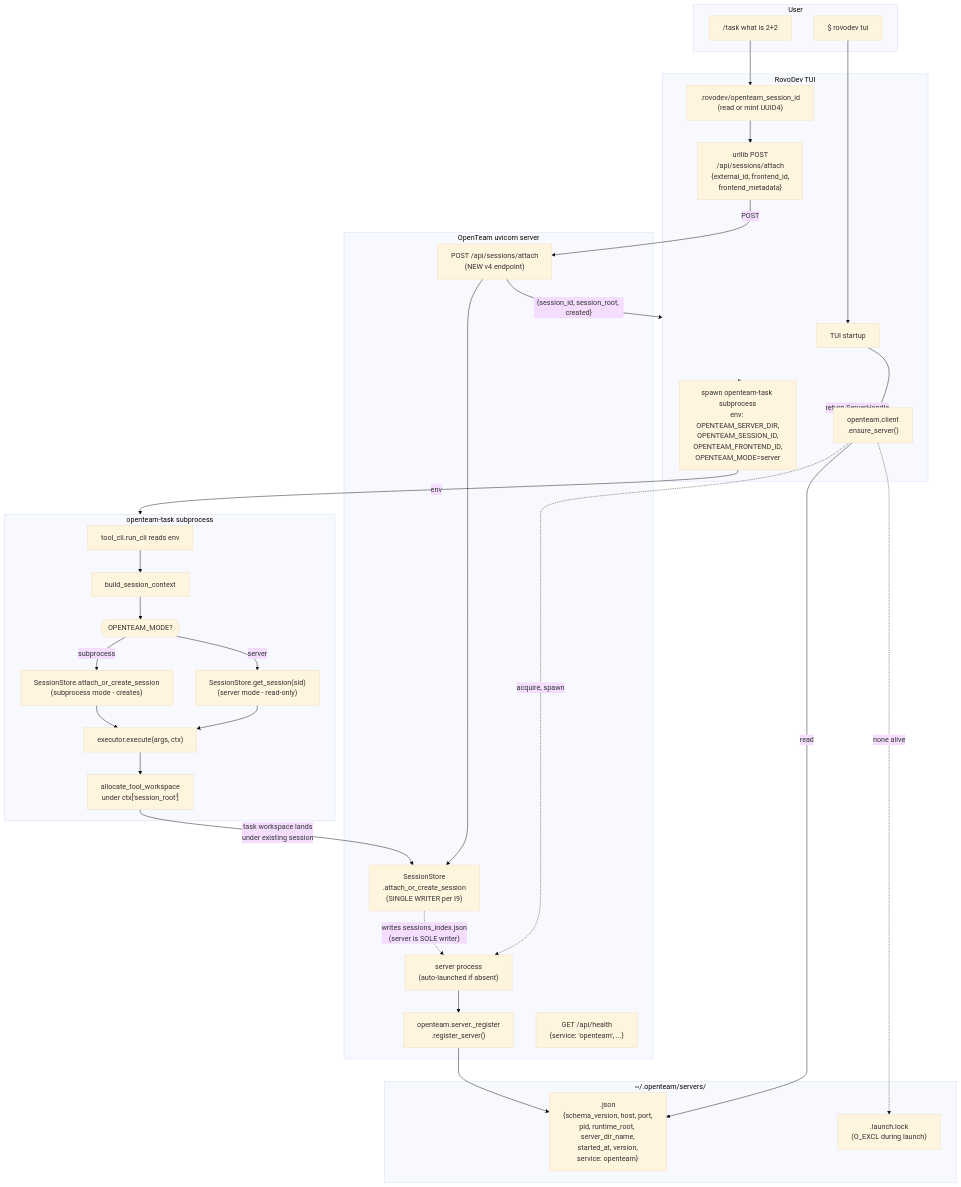
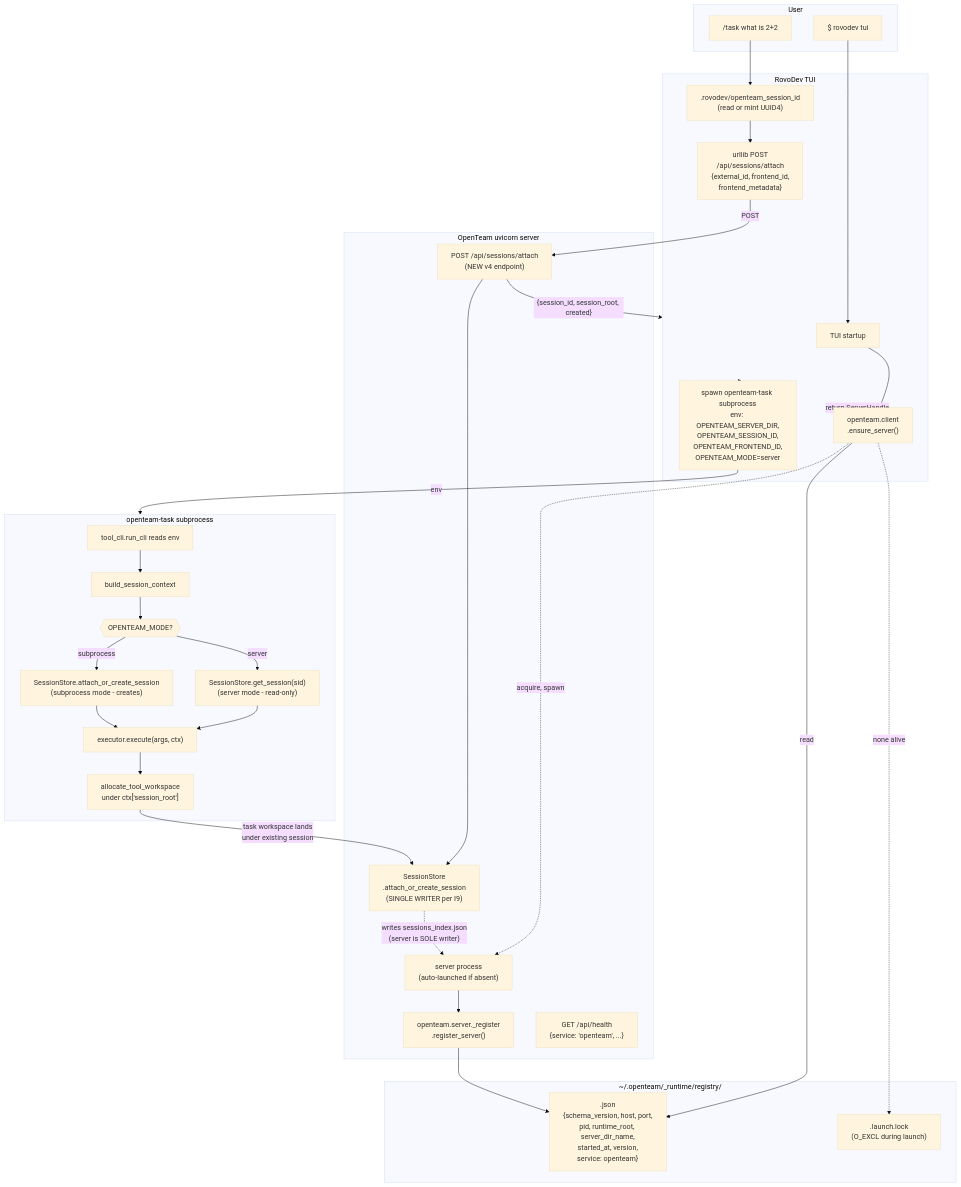
Before and after one commit to agenta2z/OpenStartup: the diagram in _dev/_plan/openteam_rovodev_integration/openteam-unified-frontend-session-protocol-v6.md, drawn with Mermaid (base theme). The commit also changed other lines of this file and 40 other files, not shown here.

````diff
--- a/_dev/_plan/openteam_rovodev_integration/openteam-unified-frontend-session-protocol-v6.md
+++ b/_dev/_plan/openteam_rovodev_integration/openteam-unified-frontend-session-protocol-v6.md
@@ -242,60 +186,60 @@
 ```mermaid
 flowchart TB
   subgraph user["User"]
     cmd["$ rovodev tui"]
     task["/task what is 2+2"]
   end
 
   subgraph TUI[RovoDev TUI]
     startup["TUI startup"]
     connector["openteam.client<br/>.ensure_server()"]
     persistRead[".rovodev/openteam_session_id<br/>(read or mint UUID4)"]
     httpAttach["urllib POST<br/>/api/sessions/attach<br/>{external_id, frontend_id,<br/>frontend_metadata}"]
     spawn["spawn openteam-task subprocess<br/>env: OPENTEAM_SERVER_DIR,<br/>OPENTEAM_SESSION_ID,<br/>OPENTEAM_FRONTEND_ID,<br/>OPENTEAM_MODE=server"]
   end
 
-  subgraph DISC["~/.openteam/servers/"]
+  subgraph DISC["~/.openteam/_runtime/registry/"]
     regFile["<server_id>.json<br/>{schema_version, host, port,<br/>pid, runtime_root, server_dir_name,<br/>started_at, version,<br/>service: openteam}"]
     lockFile[".launch.lock<br/>(O_EXCL during launch)"]
   end
 
   subgraph SERVER[OpenTeam uvicorn server]
     proc["server process<br/>(auto-launched if absent)"]
     register["openteam.server._register<br/>.register_server()"]
     health["GET /api/health<br/>{service: 'openteam', ...}"]
     attachEP["POST /api/sessions/attach<br/>(NEW v4 endpoint)"]
     store["SessionStore<br/>.attach_or_create_session<br/>(SINGLE WRITER per I9)"]
   end
 
   subgraph PROC[openteam-task subprocess]
     cliRead["tool_cli.run_cli reads env"]
     bsc["build_session_context"]
     modeBranch{{"OPENTEAM_MODE?"}}
     readOnly["SessionStore.get_session(sid)<br/>(server mode - read-only)"]
     create["SessionStore.attach_or_create_session<br/>(subprocess mode - creates)"]
     exec["executor.execute(args, ctx)"]
     alloc["allocate_tool_workspace<br/>under ctx['session_root']"]
   end
 
   cmd --> startup --> connector
   connector -->|"read"| regFile
   connector -.->|"none alive"| lockFile
   connector -.->|"acquire, spawn"| proc
   proc --> register --> regFile
   connector -->|"return ServerHandle"| TUI
 
   task --> persistRead --> httpAttach
   httpAttach -->|"POST"| attachEP
   attachEP --> store
   store -.->|"writes sessions_index.json<br/>(server is SOLE writer)"| proc
   attachEP -->|"{session_id, session_root, created}"| TUI
 
   TUI --> spawn -->|"env"| PROC
   cliRead --> bsc --> modeBranch
   modeBranch -->|"server"| readOnly
   modeBranch -->|"subprocess"| create
   readOnly --> exec
   create --> exec
   exec --> alloc
   alloc -->|"task workspace lands<br/>under existing session"| store
 ```
````
